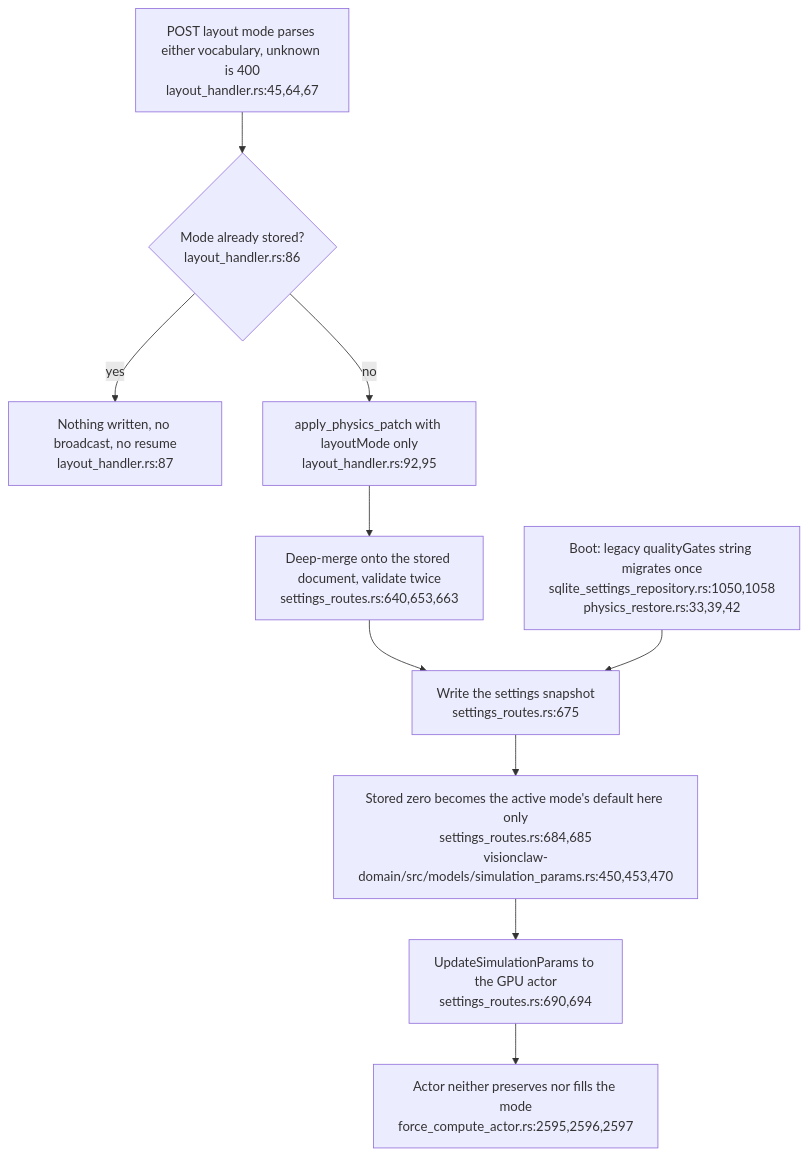
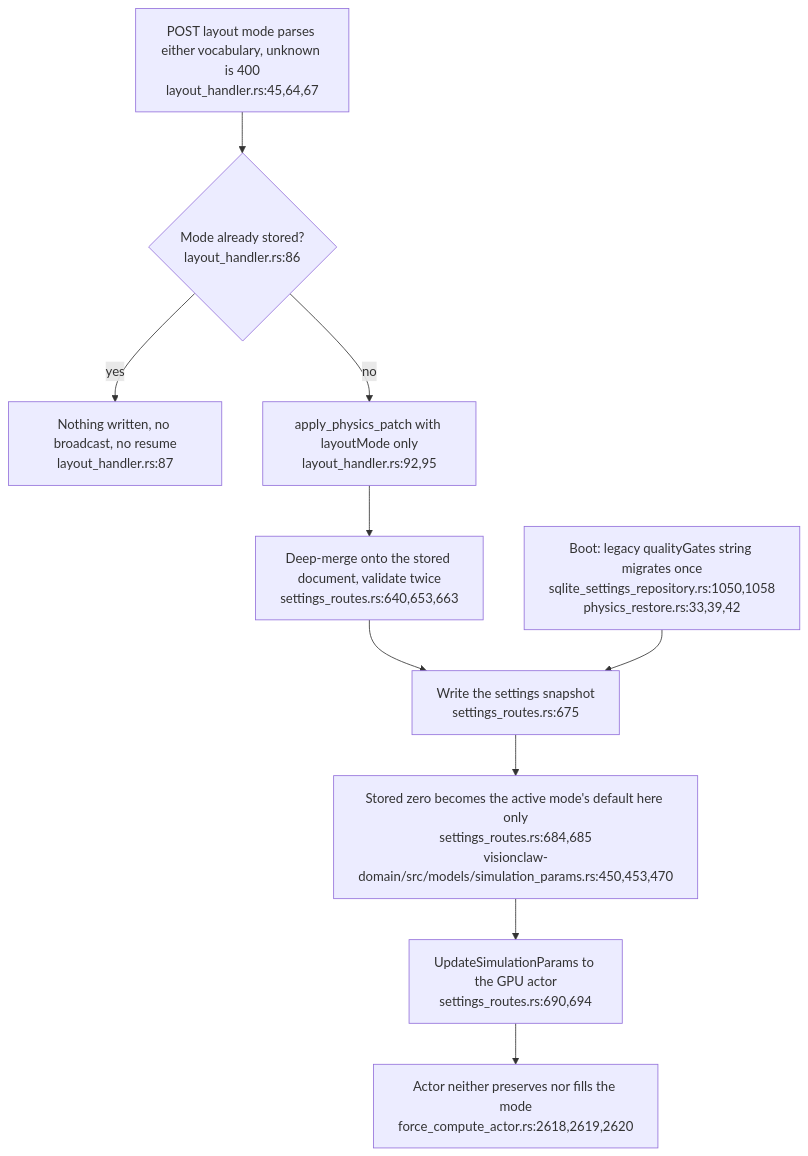
Before and after one commit to DreamLab-AI/VisionFlow: the first of 4 diagrams in docs/diagrams/visionclaw/54-layout-mode-step-cadence-and-settle.md, drawn with Mermaid. The commit also changed other lines of this file and 173 other files, not shown here.

````diff
--- a/docs/diagrams/visionclaw/54-layout-mode-step-cadence-and-settle.md
+++ b/docs/diagrams/visionclaw/54-layout-mode-step-cadence-and-settle.md
@@ -34,12 +34,12 @@
 ```mermaid
 flowchart TD
     POST["POST layout mode parses either vocabulary, unknown is 400<br/>layout_handler.rs:45,64,67"] --> SAME{"Mode already stored?<br/>layout_handler.rs:86"}
     SAME -->|yes| NOOP["Nothing written, no broadcast, no resume<br/>layout_handler.rs:87"]
     SAME -->|no| PATCH["apply_physics_patch with layoutMode only<br/>layout_handler.rs:92,95"]
     PATCH --> MERGE["Deep-merge onto the stored document, validate twice<br/>settings_routes.rs:640,653,663"]
     MERGE --> STORE["Write the settings snapshot<br/>settings_routes.rs:675"]
     STORE --> RESOLVE["Stored zero becomes the active mode's default here only<br/>settings_routes.rs:684,685<br/>visionclaw-domain/src/models/simulation_params.rs:450,453,470"]
     RESOLVE --> GPU["UpdateSimulationParams to the GPU actor<br/>settings_routes.rs:690,694"]
-    GPU --> ACTOR["Actor neither preserves nor fills the mode<br/>force_compute_actor.rs:2595,2596,2597"]
+    GPU --> ACTOR["Actor neither preserves nor fills the mode<br/>force_compute_actor.rs:2618,2619,2620"]
     BOOT["Boot: legacy qualityGates string migrates once<br/>sqlite_settings_repository.rs:1050,1058<br/>physics_restore.rs:33,39,42"] --> STORE
 ```
````
